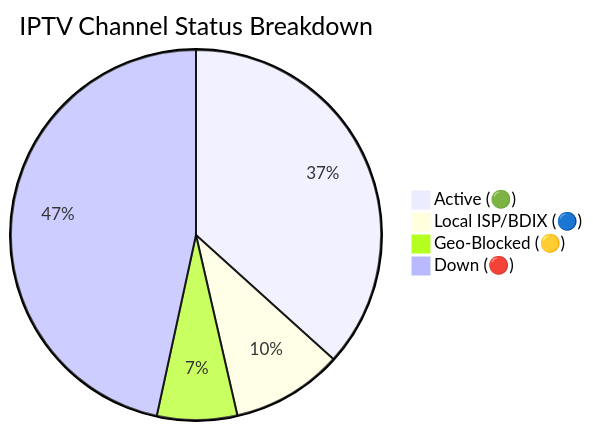
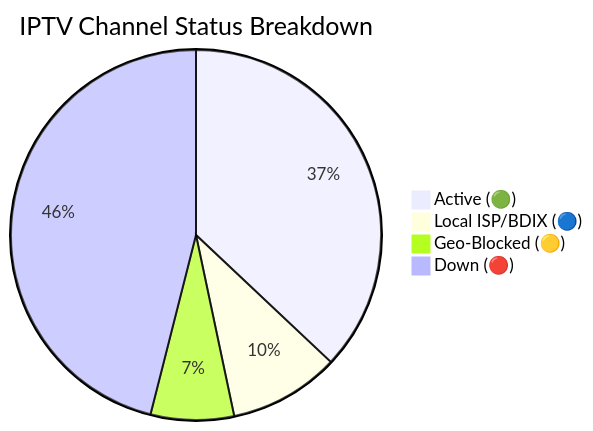
The diagram in README.md (andreataylord/Ip-tv-Collection), drawn with Mermaid before and after one commit. The commit also changed other lines of this file and 3 other files, not shown here.

````diff
--- a/README.md
+++ b/README.md
@@ -59,7 +59,7 @@
 ```mermaid
 pie title IPTV Channel Status Breakdown
-    "Active (🟢)" : 2896
+    "Active (🟢)" : 2940
     "Local ISP/BDIX (🔵)" : 767
-    "Geo-Blocked (🟡)" : 552
-    "Down (🔴)" : 3678
+    "Geo-Blocked (🟡)" : 577
+    "Down (🔴)" : 3656
 ```
````
